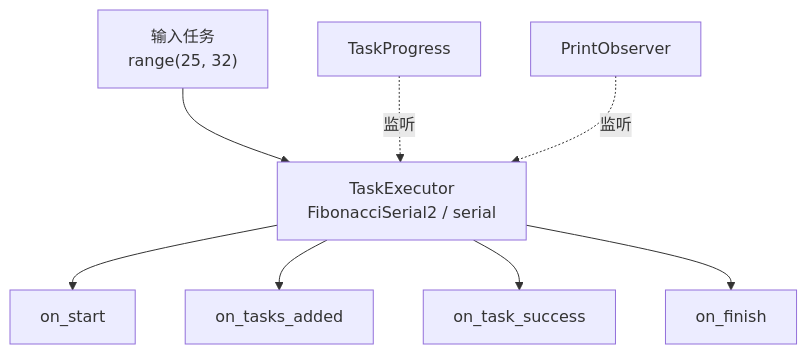
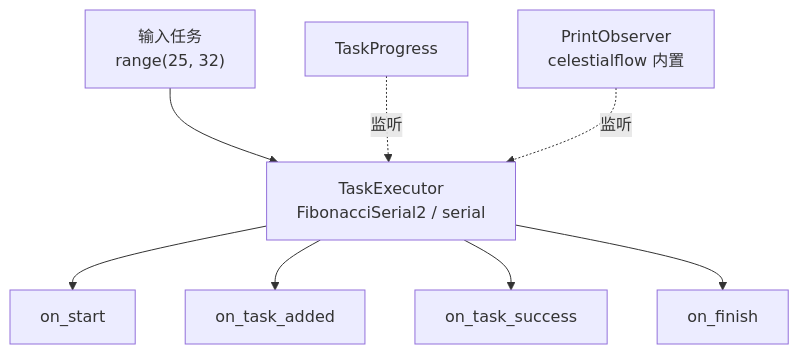
One commit to Mr-xiaotian/CelestialFlow changed the diagram in docs/zh-CN/demo/demo_observer.md. Above: the diagram before and after it, drawn with Mermaid. The commit also changed other lines of this file and 100 other files, not shown here.

````diff
--- a/docs/zh-CN/demo/demo_observer.md
+++ b/docs/zh-CN/demo/demo_observer.md
@@ -25,10 +25,10 @@
 ```mermaid
 flowchart TB
     Input["输入任务<br/>range(25, 32)"] --> Executor["TaskExecutor<br/>FibonacciSerial2 / serial"]
     Progress["TaskProgress"] -.监听.-> Executor
-    Custom["PrintObserver"] -.监听.-> Executor
+    Custom["PrintObserver<br/>celestialflow 内置"] -.监听.-> Executor
     Executor --> Start["on_start"]
-    Executor --> Added["on_tasks_added"]
+    Executor --> Added["on_task_added"]
     Executor --> Success["on_task_success"]
     Executor --> Finish["on_finish"]
 ```
````
